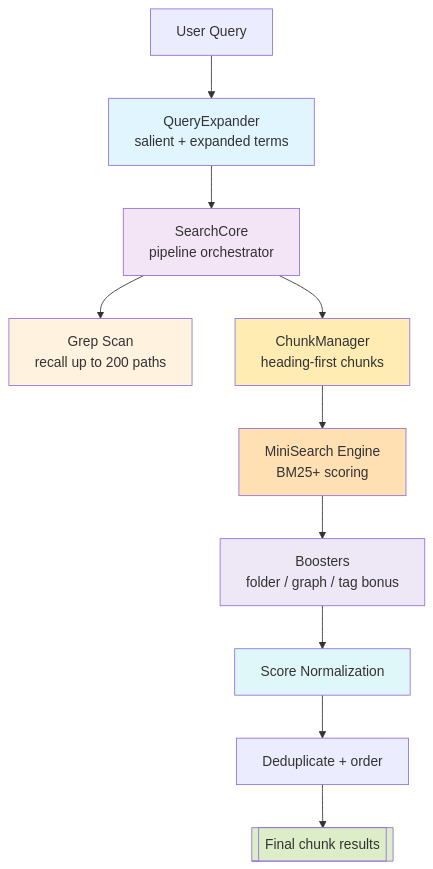
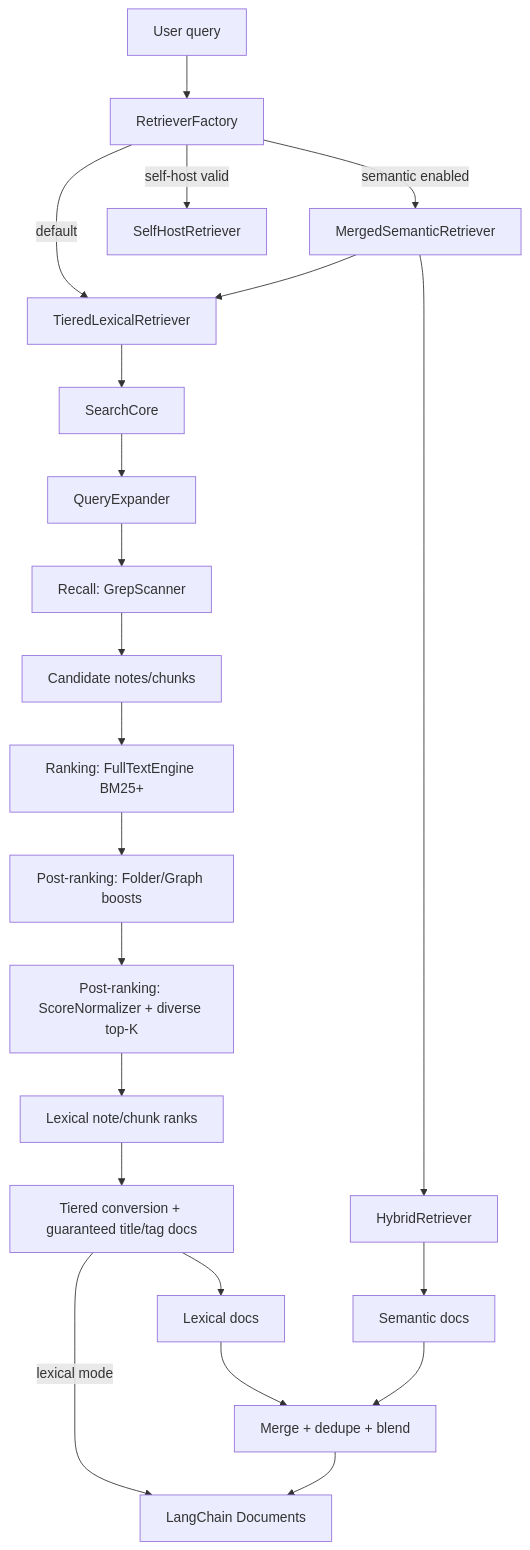
The diagram in src/search/v3/README.md (logancyang/obsidian-copilot), drawn with Mermaid before and after one commit. The commit also changed other lines of this file and 15 other files, not shown here.

First line of the commit message:
Simplify search pipeline: remove expandedTerms, use metadata-cache tag matching

````diff
--- a/src/search/v3/README.md
+++ b/src/search/v3/README.md
@@ -7,22 +8,26 @@
 ```mermaid
 graph TD
-    A[User Query] --> B[QueryExpander<br/>salient + expanded terms]
-    B --> C[SearchCore<br/>pipeline orchestrator]
+    A[User query] --> B[RetrieverFactory]
+    B -->|default| C[TieredLexicalRetriever]
+    B -->|semantic enabled| D[MergedSemanticRetriever]
+    B -->|self-host valid| E[SelfHostRetriever]
 
-    C --> D[Grep Scan<br/>recall up to 200 paths]
-    C --> E[ChunkManager<br/>heading-first chunks]
-    E --> F[MiniSearch Engine<br/>BM25+ scoring]
-    F --> G[Boosters<br/>folder / graph / tag bonus]
-    G --> H[Score Normalization]
-    H --> I[Deduplicate + order]
-    I --> J[[Final chunk results]]
+    C --> F[SearchCore]
+    F --> G[QueryExpander]
+    G --> H[Recall: GrepScanner]
+    H --> I[Candidate notes/chunks]
+    I --> J[Ranking: FullTextEngine BM25+]
+    J --> K[Post-ranking: Folder/Graph boosts]
+    K --> Q[Post-ranking: ScoreNormalizer + diverse top-K]
+    Q --> R[Lexical note/chunk ranks]
+    R --> S[Tiered conversion + guaranteed title/tag docs]
+    S -->|lexical mode| L[LangChain Documents]
 
-    style B fill:#e1f5fe
-    style C fill:#f3e5f5
-    style D fill:#fff3e0
-    style E fill:#ffecb3
-    style F fill:#ffe0b2
-    style G fill:#ede7f6
-    style H fill:#e0f7fa
-    style J fill:#dcedc8
+    D --> C
+    D --> M[HybridRetriever]
+    S --> N[Lexical docs]
+    M --> O[Semantic docs]
+    N --> P[Merge + dedupe + blend]
+    O --> P
+    P --> L
 ```
````
